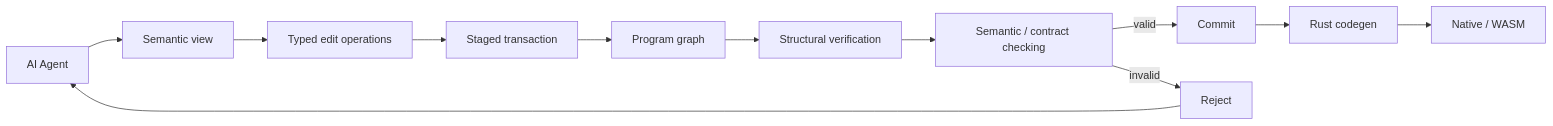
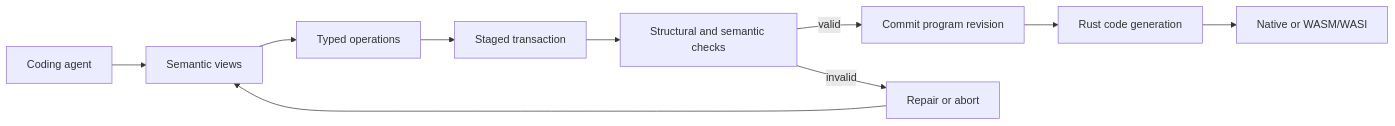
Before and after one commit to zkidp/alva-core: the diagram in README.md, drawn with Mermaid. The commit also changed other lines of this file, not shown here.

````diff
--- a/README.md
+++ b/README.md
@@ -23,14 +177,12 @@
 ```mermaid
 flowchart LR
-    A[AI Agent] --> B[Semantic view]
-    B --> C[Typed edit operations]
+    A[Coding agent] --> B[Semantic views]
+    B --> C[Typed operations]
     C --> D[Staged transaction]
-    D --> E[Program graph]
-    E --> F[Structural verification]
-    F --> G[Semantic / contract checking]
-    G -->|valid| H[Commit]
-    G -->|invalid| I[Reject]
-    H --> J[Rust codegen]
-    J --> K[Native / WASM]
-    I --> A
+    D --> E[Structural and semantic checks]
+    E -->|valid| F[Commit program revision]
+    E -->|invalid| G[Repair or abort]
+    F --> H[Rust code generation]
+    H --> I[Native or WASM/WASI]
+    G --> B
 ```
````
